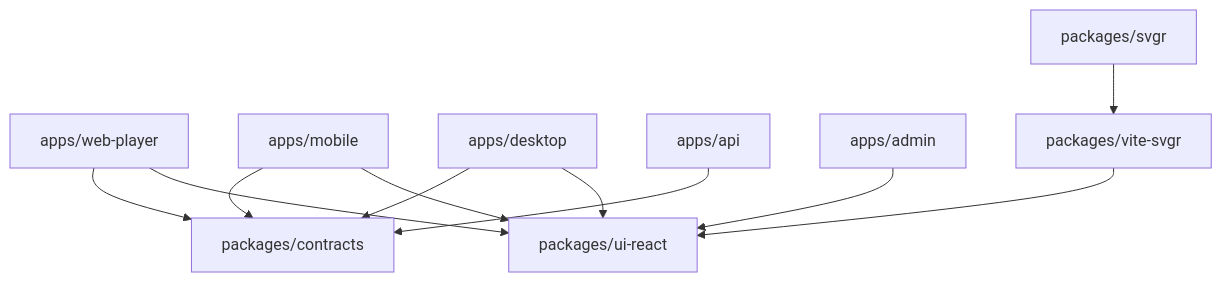
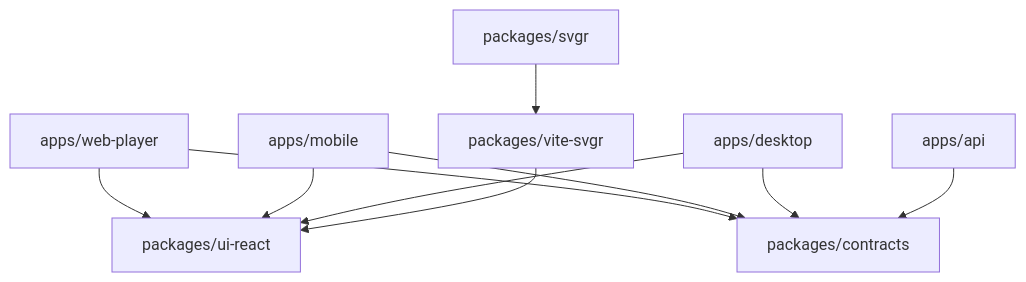
Before and after one commit to Lordpluha/spotify-clone: the third of 5 diagrams in apps/docs/docs/getting-started/architecture.md, drawn with Mermaid. The commit also changed other lines of this file and 66 other files, not shown here.

````diff
--- a/apps/docs/docs/getting-started/architecture.md
+++ b/apps/docs/docs/getting-started/architecture.md
@@ -138,13 +137,12 @@
 ```mermaid
 graph TD
     A[apps/web-player] --> B[packages/ui-react]
     C[apps/mobile] --> B
     D[apps/desktop] --> B
     A --> E[packages/contracts]
     C --> E
     D --> E
     F[apps/api] --> E
-    G[apps/admin] --> B
     J[packages/vite-svgr] --> B
     K[packages/svgr] --> J
 ```
````
